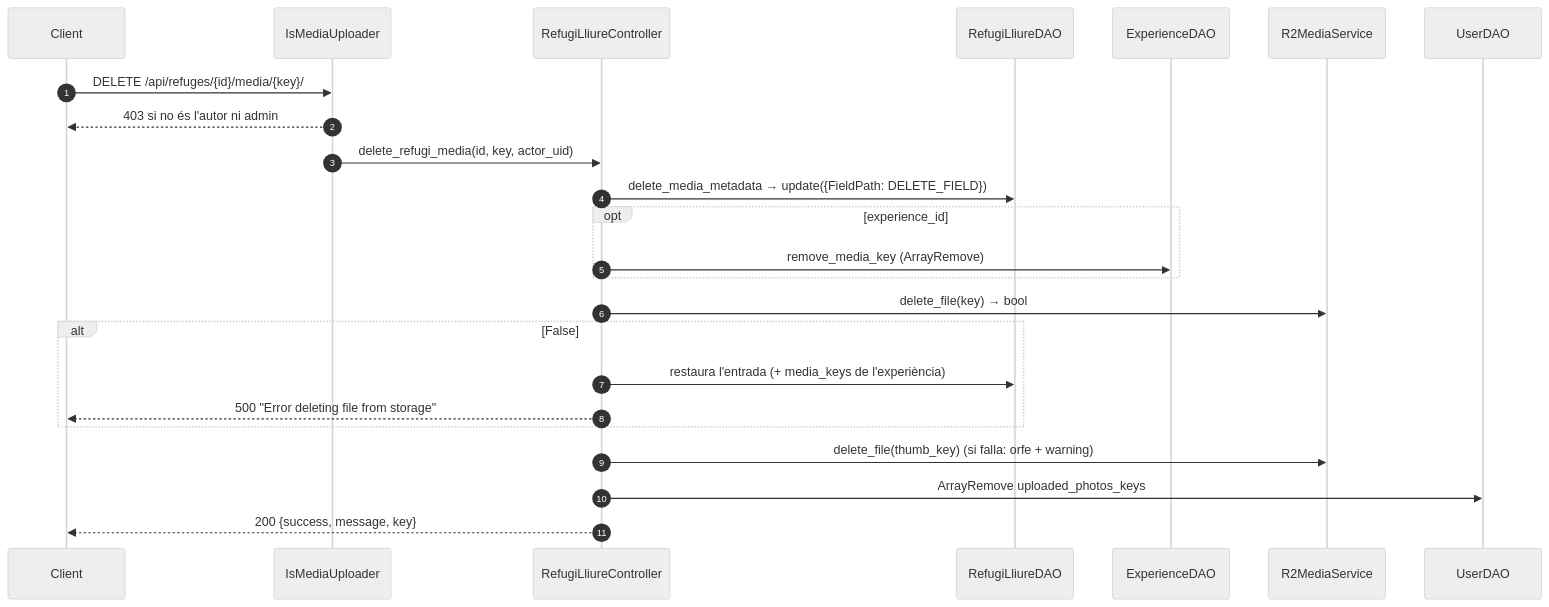
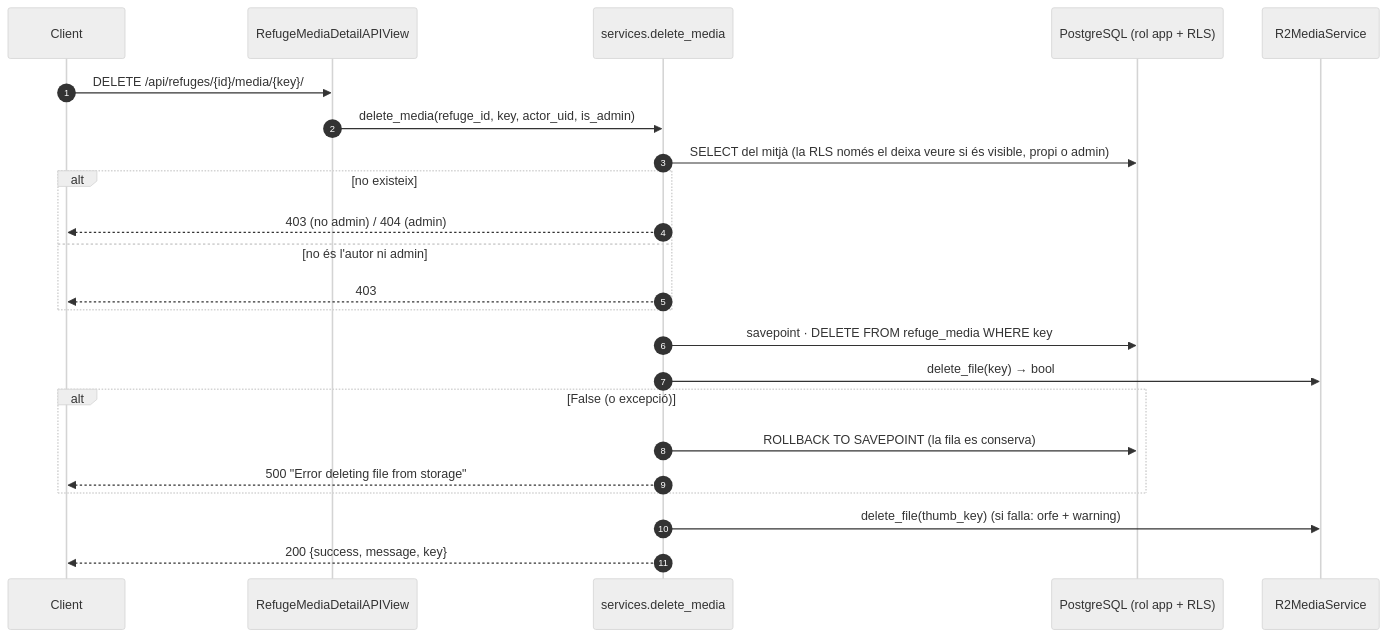
One commit to jordirev/RefugisLliures_Backend changed the second of 2 diagrams in docs/flows/03-refuge-media-upload.md. Above: the diagram before and after it, drawn with Mermaid (neutral theme). The commit also changed other lines of this file and 21 other files, not shown here.

````diff
--- a/docs/flows/03-refuge-media-upload.md
+++ b/docs/flows/03-refuge-media-upload.md
@@ -107,27 +109,26 @@
 ```mermaid
 sequenceDiagram
     autonumber
     participant C as Client
-    participant P as IsMediaUploader
-    participant RC as RefugiLliureController
-    participant RD as RefugiLliureDAO
-    participant ED as ExperienceDAO
+    participant V as RefugeMediaDetailAPIView
+    participant SV as services.delete_media
+    participant DB as PostgreSQL (rol app + RLS)
     participant R2 as R2MediaService
-    participant UD as UserDAO
 
-    C->>P: DELETE /api/refuges/{id}/media/{key}/
-    P-->>C: 403 si no és l'autor ni admin
-    P->>RC: delete_refugi_media(id, key, actor_uid)
-    RC->>RD: delete_media_metadata → update({FieldPath: DELETE_FIELD})
-    opt experience_id
-        RC->>ED: remove_media_key (ArrayRemove)
+    C->>V: DELETE /api/refuges/{id}/media/{key}/
+    V->>SV: delete_media(refuge_id, key, actor_uid, is_admin)
+    SV->>DB: SELECT del mitjà (la RLS només el deixa veure si és visible, propi o admin)
+    alt no existeix
+        SV-->>C: 403 (no admin) / 404 (admin)
+    else no és l'autor ni admin
+        SV-->>C: 403
     end
-    RC->>R2: delete_file(key) → bool
-    alt False
-        RC->>RD: restaura l'entrada (+ media_keys de l'experiència)
-        RC-->>C: 500 "Error deleting file from storage"
+    SV->>DB: savepoint · DELETE FROM refuge_media WHERE key
+    SV->>R2: delete_file(key) → bool
+    alt False (o excepció)
+        SV->>DB: ROLLBACK TO SAVEPOINT (la fila es conserva)
+        SV-->>C: 500 "Error deleting file from storage"
     end
-    RC->>R2: delete_file(thumb_key) (si falla: orfe + warning)
-    RC->>UD: ArrayRemove uploaded_photos_keys
-    RC-->>C: 200 {success, message, key}
+    SV->>R2: delete_file(thumb_key) (si falla: orfe + warning)
+    SV-->>C: 200 {success, message, key}
 ```
````
